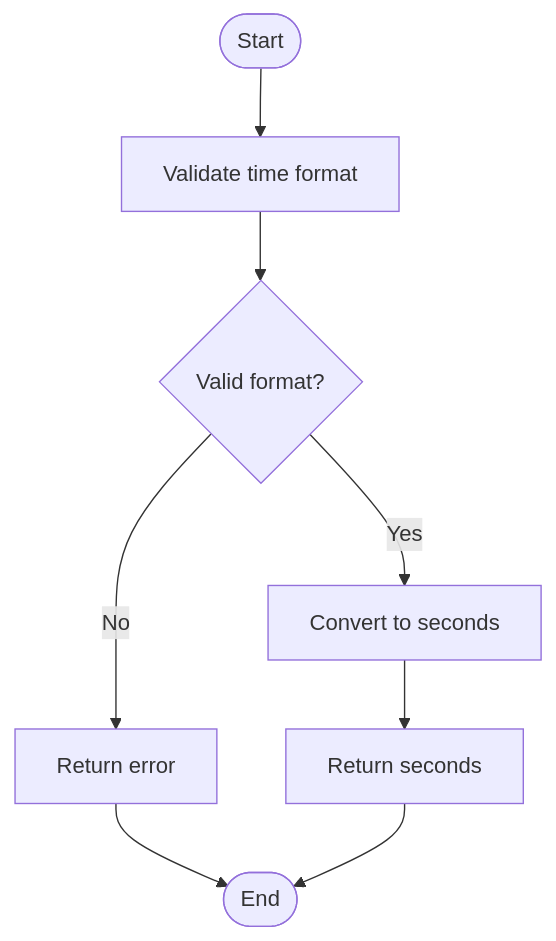
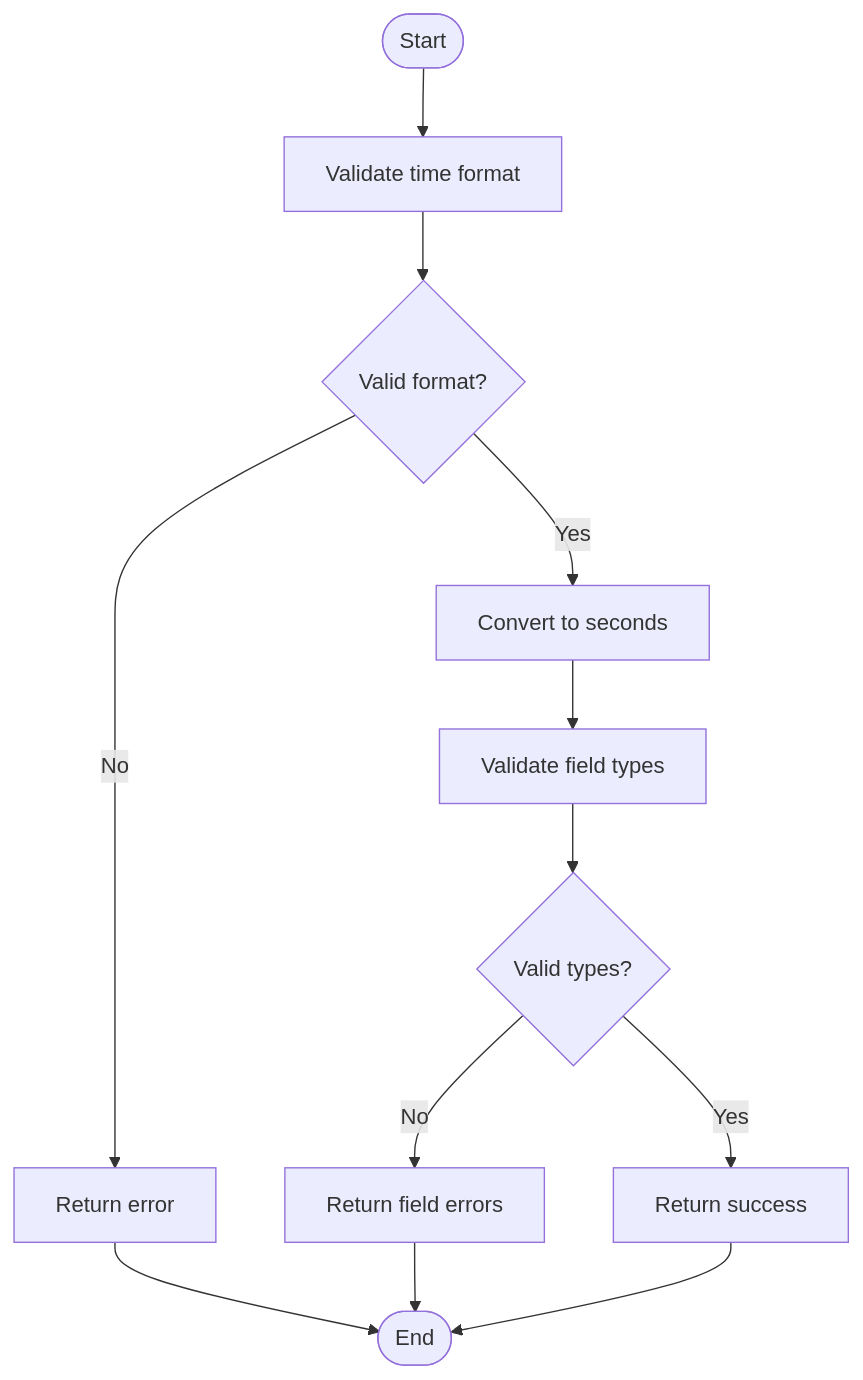
Before and after one commit to Johnny22056/SwimingStatus: the sixth of 6 diagrams in .qoder/repowiki/en/content/Feature Modules/Analytics Engine.md, drawn with Mermaid. The commit also changed other lines of this file and 8 other files, not shown here.

````diff
--- a/.qoder/repowiki/en/content/Feature Modules/Analytics Engine.md
+++ b/.qoder/repowiki/en/content/Feature Modules/Analytics Engine.md
@@ -338,10 +314,14 @@
 ```mermaid
 flowchart TD
 Start([Start]) --> ValidateFormat["Validate time format"]
 ValidateFormat --> FormatOK{"Valid format?"}
 FormatOK --> |No| ReturnError["Return error"]
 FormatOK --> |Yes| ConvertToSeconds["Convert to seconds"]
-ConvertToSeconds --> ReturnSeconds["Return seconds"]
+ConvertToSeconds --> ValidateFields["Validate field types"]
+ValidateFields --> FieldsOK{"Valid types?"}
+FieldsOK --> |No| ReturnFieldError["Return field errors"]
+FieldsOK --> |Yes| ReturnSuccess["Return success"]
 ReturnError --> End([End])
-ReturnSeconds --> End
+ReturnFieldError --> End
+ReturnSuccess --> End
 ```
````
